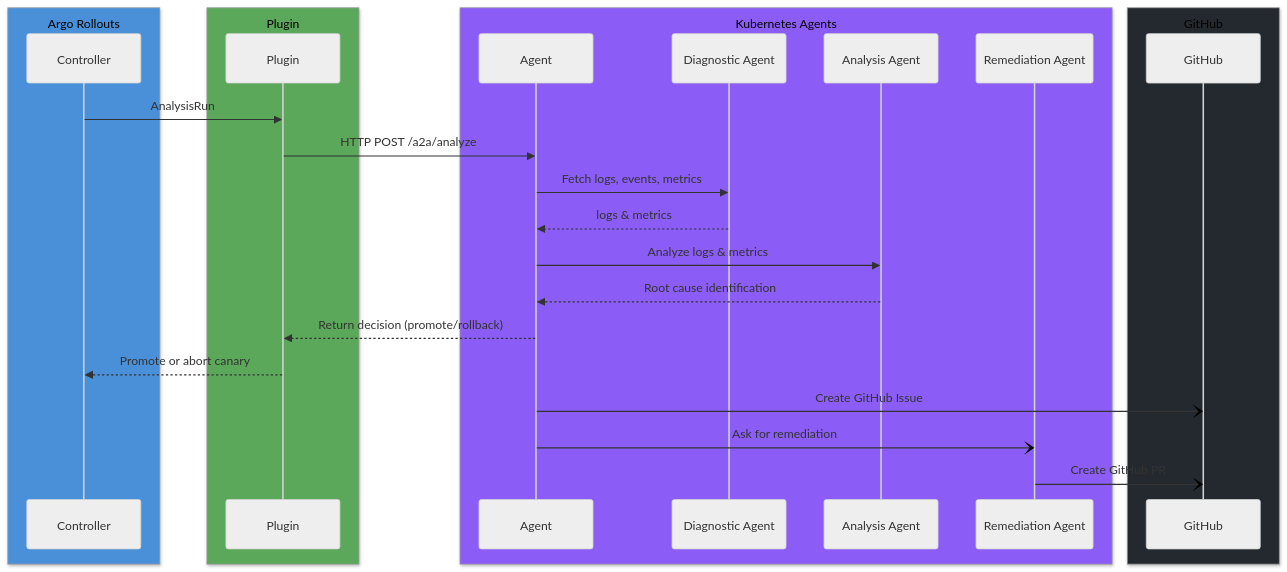
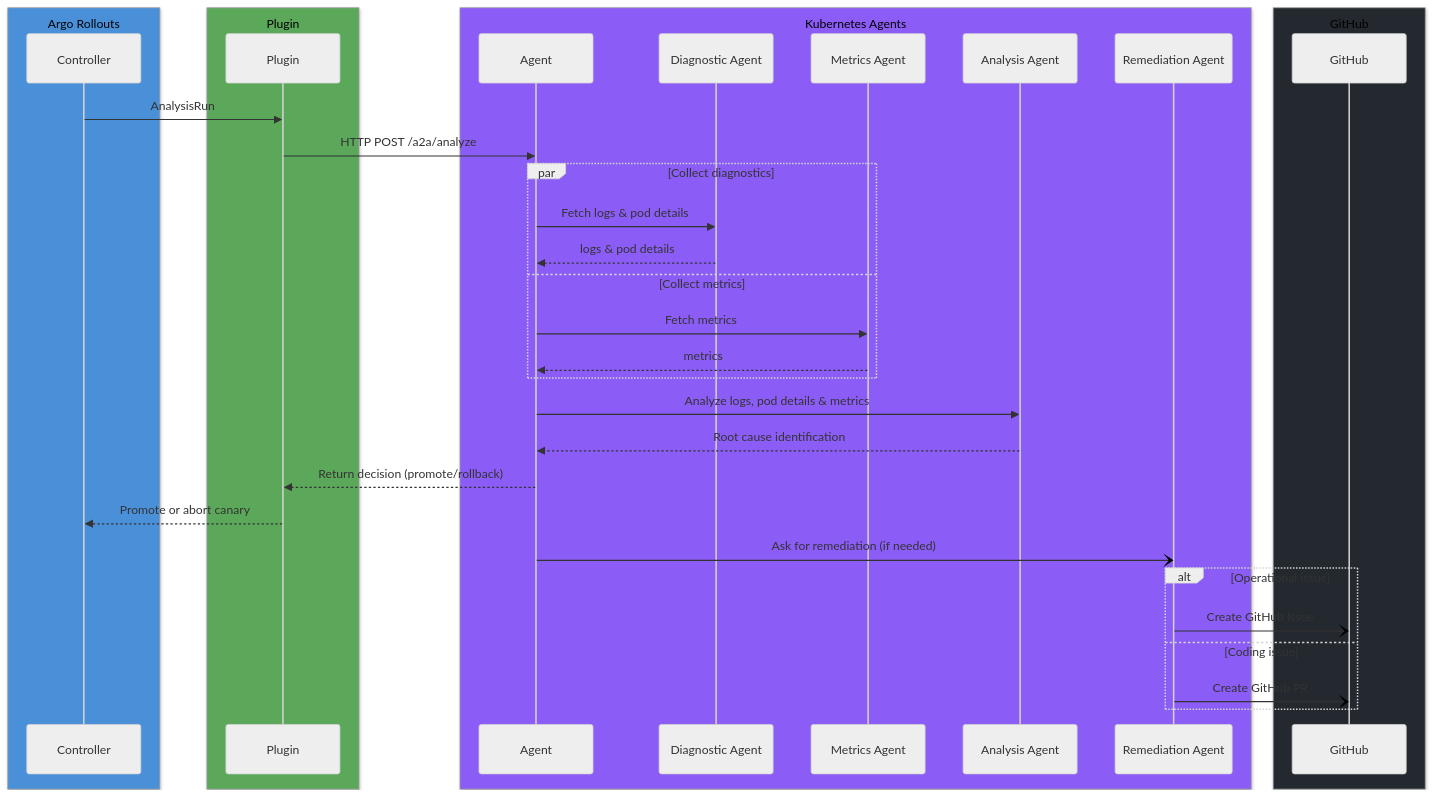
One commit to argoproj-labs/rollouts-plugin-metric-ai changed the diagram in README.md. Above: the diagram before and after it, drawn with Mermaid (neutral theme).

Commit message:
docs: fix sequence diagram based on review feedback
- Add Metrics Agent as separate participant running in parallel with
  Diagnostic Agent (DA only fetches logs & pod details, not metrics)
- Move GitHub Issue creation from main Agent to Remediation Agent
- Use alt block to show RA creates Issue (operational) or PR (code issue)

````diff
--- a/README.md
+++ b/README.md
@@ -88,30 +88,39 @@
 ```mermaid
 sequenceDiagram
     box rgb(74,144,217) Argo Rollouts
         participant AC as Controller
     end
     box rgb(91,168,90) Plugin
         participant P as Plugin
     end
     box rgb(139,92,246) Kubernetes Agents
         participant KA as Agent
         participant DA as Diagnostic Agent
+        participant MA as Metrics Agent
         participant AA as Analysis Agent
         participant RA as Remediation Agent
     end
     box rgb(36,41,47) GitHub
         participant GH as GitHub
     end
 
     AC->>P: AnalysisRun
     P->>KA: HTTP POST /a2a/analyze
-    KA->>DA: Fetch logs, events, metrics
-    DA-->>KA: logs & metrics
-    KA->>AA: Analyze logs & metrics
+    par Collect diagnostics
+        KA->>DA: Fetch logs & pod details
+        DA-->>KA: logs & pod details
+    and Collect metrics
+        KA->>MA: Fetch metrics
+        MA-->>KA: metrics
+    end
+    KA->>AA: Analyze logs, pod details & metrics
     AA-->>KA: Root cause identification
     KA-->>P: Return decision (promote/rollback)
     P-->>AC: Promote or abort canary
-    KA-)GH: Create GitHub Issue
-    KA-)RA: Ask for remediation
-    RA-)GH: Create GitHub PR
+    KA-)RA: Ask for remediation (if needed)
+    alt Operational issue
+        RA-)GH: Create GitHub Issue
+    else Coding issue
+        RA-)GH: Create GitHub PR
+    end
 ```
````
